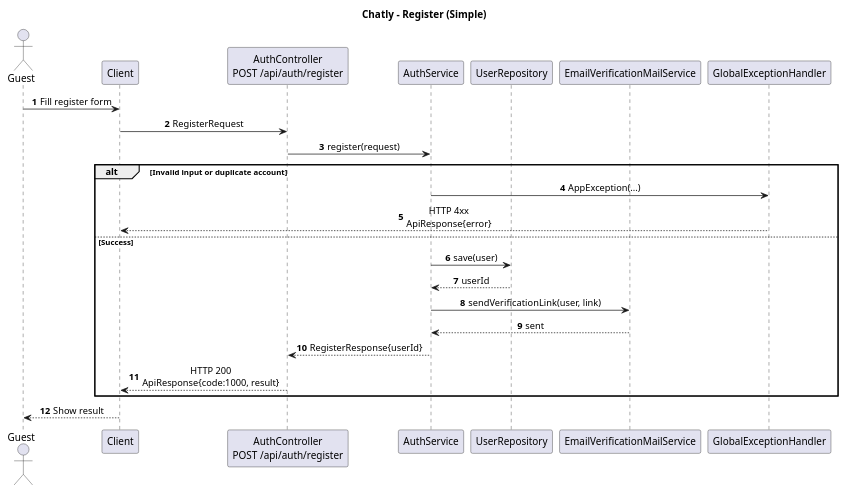
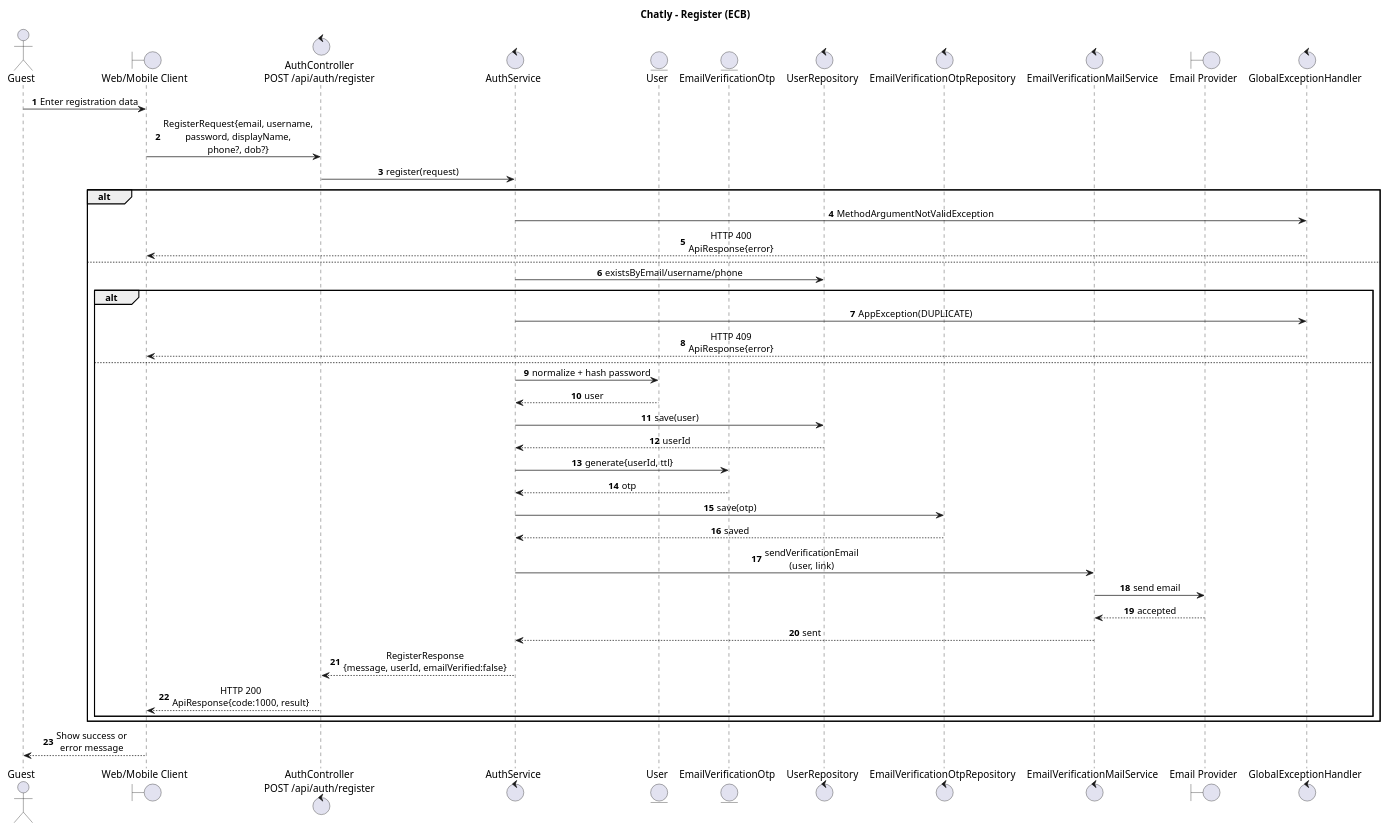
Before and after one commit to giasinguyen/chatly-messaging-platform: the diagram in _resources/diagram/Chatly_Sequence_Register.puml, drawn with PlantUML. The commit also changed 13 other files, not shown here.

First line of the commit message:
Refactor sequence diagrams and update story privacy handling

```diff
--- a/_resources/diagram/Chatly_Sequence_Register.puml
+++ b/_resources/diagram/Chatly_Sequence_Register.puml
@@ -1,34 +1,52 @@
 @startuml Chatly_Sequence_Register
-title Chatly - Register (Simple)
+title Chatly - Register (ECB)
 
 autonumber
 skinparam sequenceMessageAlign center
 skinparam responseMessageBelowArrow true
 
-actor Guest as G
-participant "Client" as Client
-participant "AuthController\nPOST /api/auth/register" as AuthController
-participant "AuthService" as AuthService
-participant "UserRepository" as UserRepo
-participant "EmailVerificationMailService" as MailService
-participant "GlobalExceptionHandler" as ExceptionHandler
+actor "Guest" as Guest
+boundary "Web/Mobile Client" as Client
+control "AuthController\nPOST /api/auth/register" as AuthController
+control "AuthService" as AuthService
+entity "User" as UserEntity
+entity "EmailVerificationOtp" as OtpEntity
+control "UserRepository" as UserRepo
+control "EmailVerificationOtpRepository" as OtpRepo
+control "EmailVerificationMailService" as MailService
+boundary "Email Provider" as EmailProvider
+control "GlobalExceptionHandler" as ExceptionHandler
 
-G -> Client: Fill register form
-Client -> AuthController: RegisterRequest
+Guest -> Client: Enter registration data
+Client -> AuthController: RegisterRequest{email, username,\npassword, displayName,\nphone?, dob?}
 AuthController -> AuthService: register(request)
 
-alt Invalid input or duplicate account
-  AuthService -> ExceptionHandler: AppException(...)
-  ExceptionHandler --> Client: HTTP 4xx\nApiResponse{error}
-else Success
-  AuthService -> UserRepo: save(user)
-  UserRepo --> AuthService: userId
-  AuthService -> MailService: sendVerificationLink(user, link)
-  MailService --> AuthService: sent
-  AuthService --> AuthController: RegisterResponse{userId}
-  AuthController --> Client: HTTP 200\nApiResponse{code:1000, result}
+alt 
+  AuthService -> ExceptionHandler: MethodArgumentNotValidException
+  ExceptionHandler --> Client: HTTP 400\nApiResponse{error}
+else
+  AuthService -> UserRepo: existsByEmail/username/phone
+  alt
+    AuthService -> ExceptionHandler: AppException(DUPLICATE)
+    ExceptionHandler --> Client: HTTP 409\nApiResponse{error}
+  else
+    AuthService -> UserEntity: normalize + hash password
+    UserEntity --> AuthService: user
+    AuthService -> UserRepo: save(user)
+    UserRepo --> AuthService: userId
+    AuthService -> OtpEntity: generate{userId, ttl}
+    OtpEntity --> AuthService: otp
+    AuthService -> OtpRepo: save(otp)
+    OtpRepo --> AuthService: saved
+    AuthService -> MailService: sendVerificationEmail\n(user, link)
+    MailService -> EmailProvider: send email
+    EmailProvider --> MailService: accepted
+    MailService --> AuthService: sent
+    AuthService --> AuthController: RegisterResponse\n{message, userId, emailVerified:false}
+    AuthController --> Client: HTTP 200\nApiResponse{code:1000, result}
+  end
 end
 
-Client --> G: Show result
+Client --> Guest: Show success or\nerror message
 
 @enduml
```
